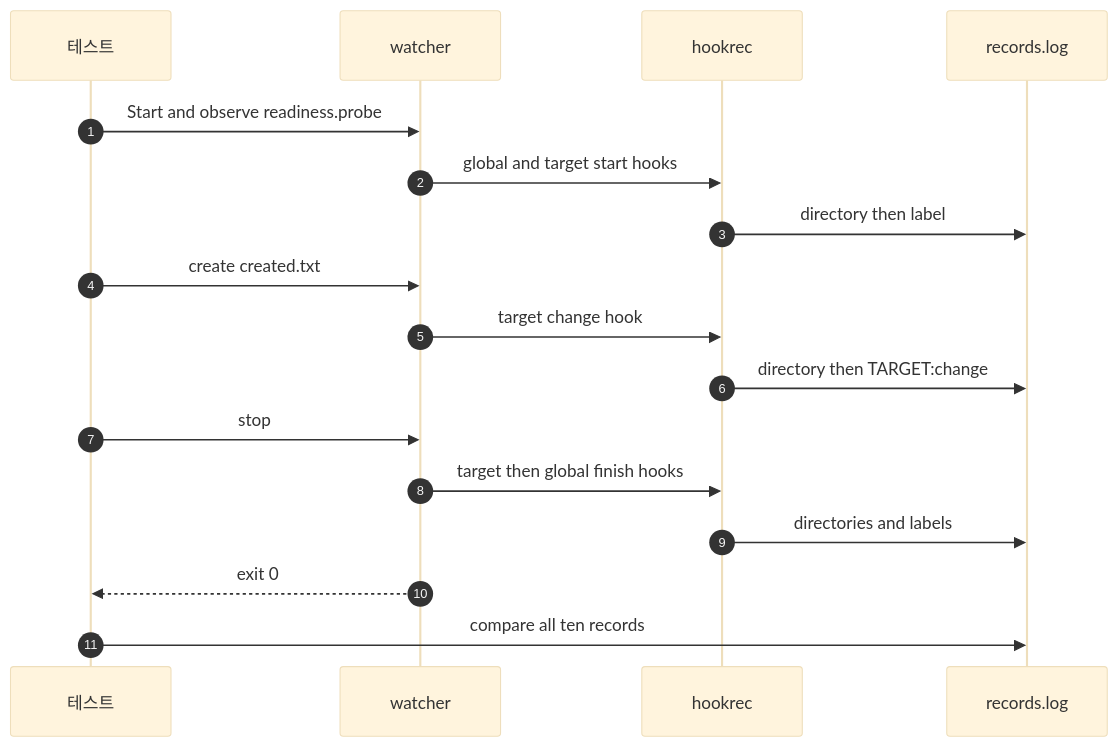
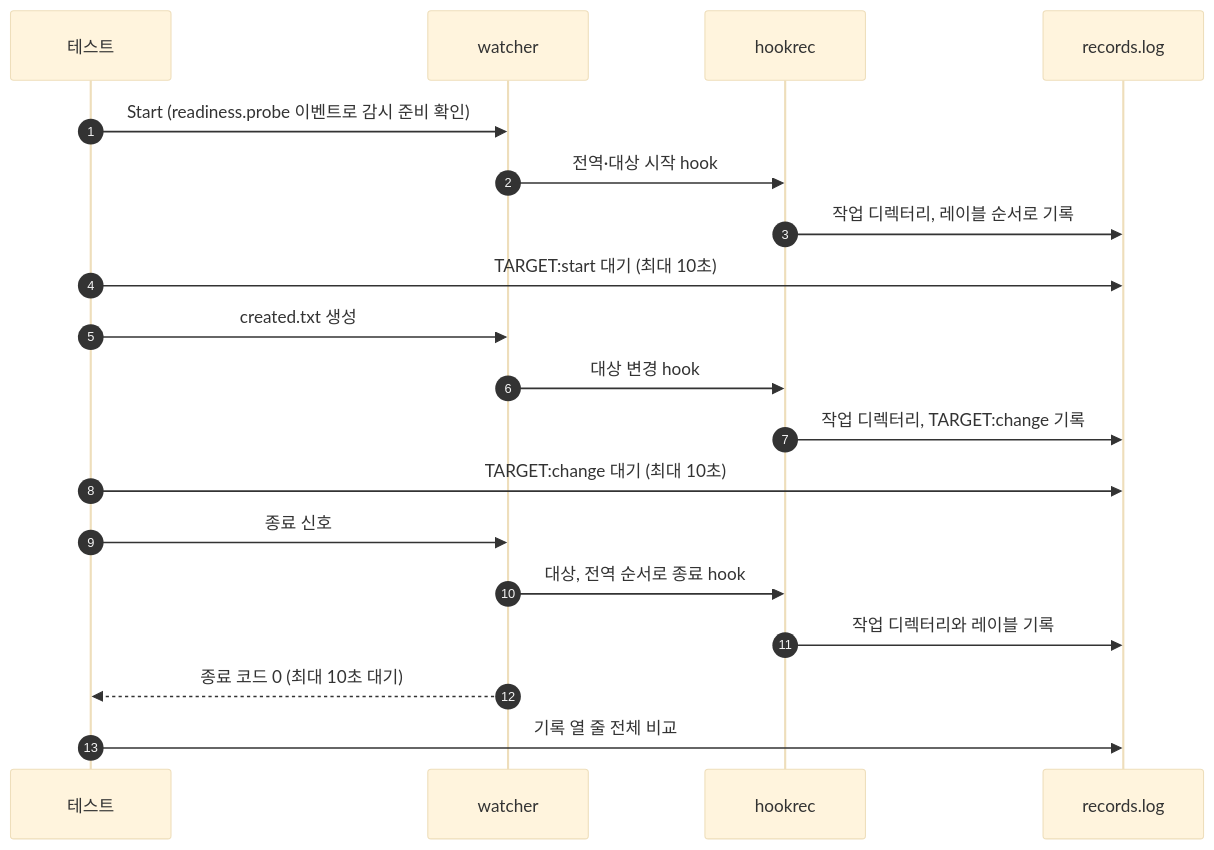
One commit to seungyeop-lee/directory-watcher changed the diagram in e2e/docs/scenarios/hook-working-directory.ko.md. Above: the diagram before and after it, drawn with Mermaid (base theme). The commit also changed other lines of this file and 47 other files, not shown here.

````diff
--- a/e2e/docs/scenarios/hook-working-directory.ko.md
+++ b/e2e/docs/scenarios/hook-working-directory.ko.md
@@ -27,19 +27,21 @@
 ```mermaid
 sequenceDiagram
     autonumber
     participant testCode as 테스트
     participant watcherProc as watcher
     participant hookProc as hookrec
     participant recordFile as records.log
-    testCode->>watcherProc: Start and observe readiness.probe
-    watcherProc->>hookProc: global and target start hooks
-    hookProc->>recordFile: directory then label
-    testCode->>watcherProc: create created.txt
-    watcherProc->>hookProc: target change hook
-    hookProc->>recordFile: directory then TARGET:change
-    testCode->>watcherProc: stop
-    watcherProc->>hookProc: target then global finish hooks
-    hookProc->>recordFile: directories and labels
-    watcherProc-->>testCode: exit 0
-    testCode->>recordFile: compare all ten records
+    testCode->>watcherProc: Start (readiness.probe 이벤트로 감시 준비 확인)
+    watcherProc->>hookProc: 전역·대상 시작 hook
+    hookProc->>recordFile: 작업 디렉터리, 레이블 순서로 기록
+    testCode->>recordFile: TARGET:start 대기 (최대 10초)
+    testCode->>watcherProc: created.txt 생성
+    watcherProc->>hookProc: 대상 변경 hook
+    hookProc->>recordFile: 작업 디렉터리, TARGET:change 기록
+    testCode->>recordFile: TARGET:change 대기 (최대 10초)
+    testCode->>watcherProc: 종료 신호
+    watcherProc->>hookProc: 대상, 전역 순서로 종료 hook
+    hookProc->>recordFile: 작업 디렉터리와 레이블 기록
+    watcherProc-->>testCode: 종료 코드 0 (최대 10초 대기)
+    testCode->>recordFile: 기록 열 줄 전체 비교
 ```
````
